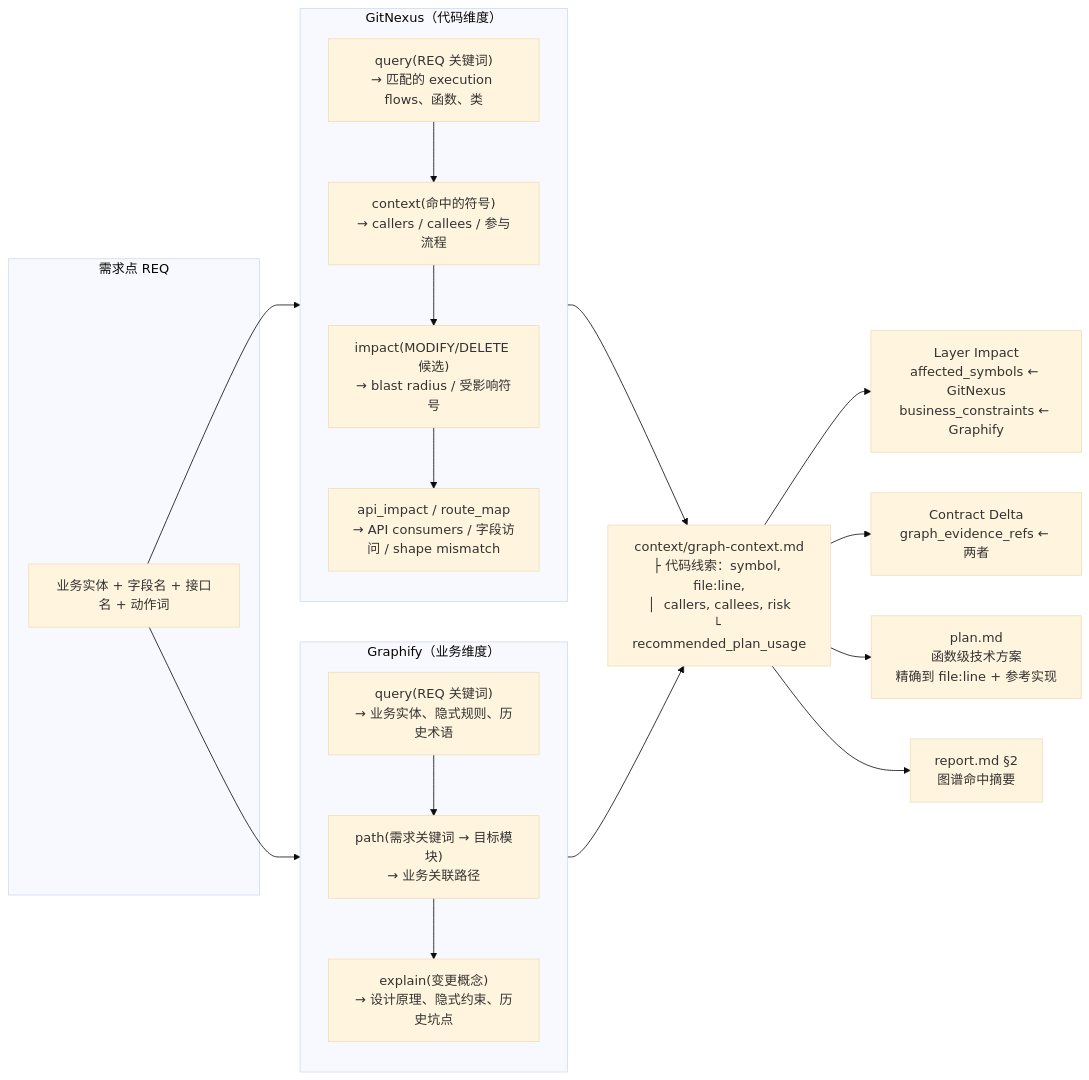
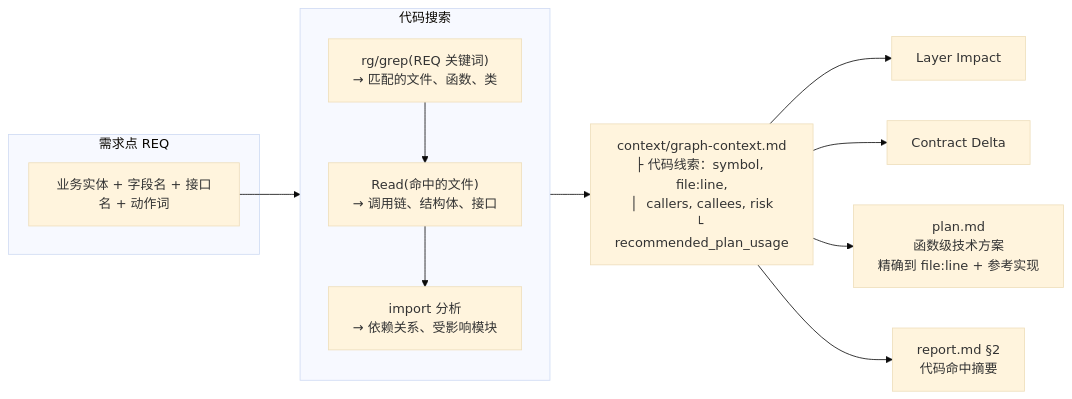
Before and after one commit to zachary-lz-glm/prd-tools: the second of 2 diagrams in plugins/prd-distill/README.md, drawn with Mermaid (base theme). The commit also changed other lines of this file and 27 other files, not shown here.

First line of the commit message:
refactor: 移除 GitNexus/Graphify 第三方图谱工具依赖，回归原生能力

````diff
--- a/plugins/prd-distill/README.md
+++ b/plugins/prd-distill/README.md
@@ -50,34 +50,23 @@
 ```mermaid
 flowchart LR
   subgraph Input["需求点 REQ"]
     REQ["业务实体 + 字段名 + 接口名 + 动作词"]
   end
 
-  subgraph GitNexus["GitNexus（代码维度）"]
+  subgraph Search["代码搜索"]
     direction TB
-    G1["query(REQ 关键词)\n→ 匹配的 execution flows、函数、类"]
-    G2["context(命中的符号)\n→ callers / callees / 参与流程"]
-    G3["impact(MODIFY/DELETE 候选)\n→ blast radius / 受影响符号"]
-    G4["api_impact / route_map\n→ API consumers / 字段访问 / shape mismatch"]
-    G1 --> G2 --> G3 --> G4
+    S1["rg/grep(REQ 关键词)\n→ 匹配的文件、函数、类"]
+    S2["Read(命中的文件)\n→ 调用链、结构体、接口"]
+    S3["import 分析\n→ 依赖关系、受影响模块"]
+    S1 --> S2 --> S3
   end
 
-  subgraph Graphify["Graphify（业务维度）"]
-    direction TB
-    F1["query(REQ 关键词)\n→ 业务实体、隐式规则、历史术语"]
-    F2["path(需求关键词 → 目标模块)\n→ 业务关联路径"]
-    F3["explain(变更概念)\n→ 设计原理、隐式约束、历史坑点"]
-    F1 --> F2 --> F3
-  end
+  REQ --> Search
 
-  REQ --> GitNexus
-  REQ --> Graphify
+  Search --> GC["context/graph-context.md\n├ 代码线索：symbol, file:line,\n│  callers, callees, risk\n└ recommended_plan_usage"]
 
-  GitNexus --> GC["context/graph-context.md\n├ 代码线索：symbol, file:line,\n│  callers, callees, risk\n└ recommended_plan_usage"]
-  Graphify --> GC
-
-  GC --> LI["Layer Impact\naffected_symbols ← GitNexus\nbusiness_constraints ← Graphify"]
-  GC --> CD["Contract Delta\ngraph_evidence_refs ← 两者"]
+  GC --> LI["Layer Impact"]
+  GC --> CD["Contract Delta"]
   GC --> PL["plan.md\n函数级技术方案\n精确到 file:line + 参考实现"]
-  GC --> RP["report.md §2\n图谱命中摘要"]
+  GC --> RP["report.md §2\n代码命中摘要"]
 ```
````
